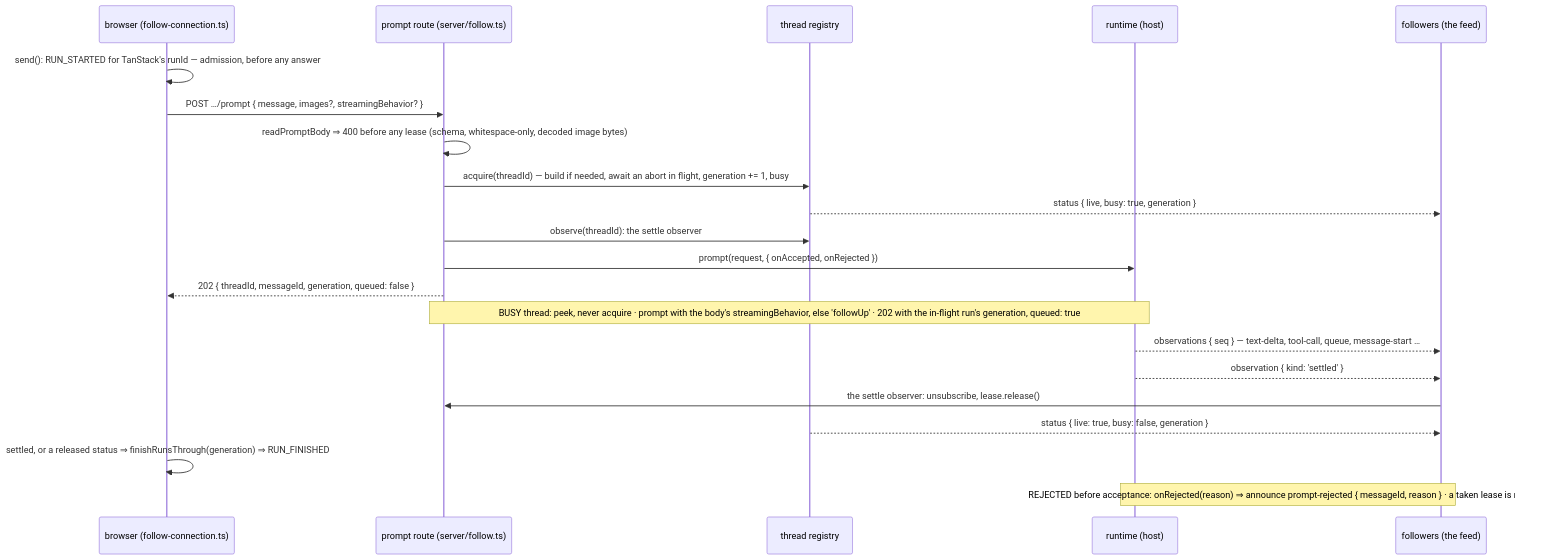
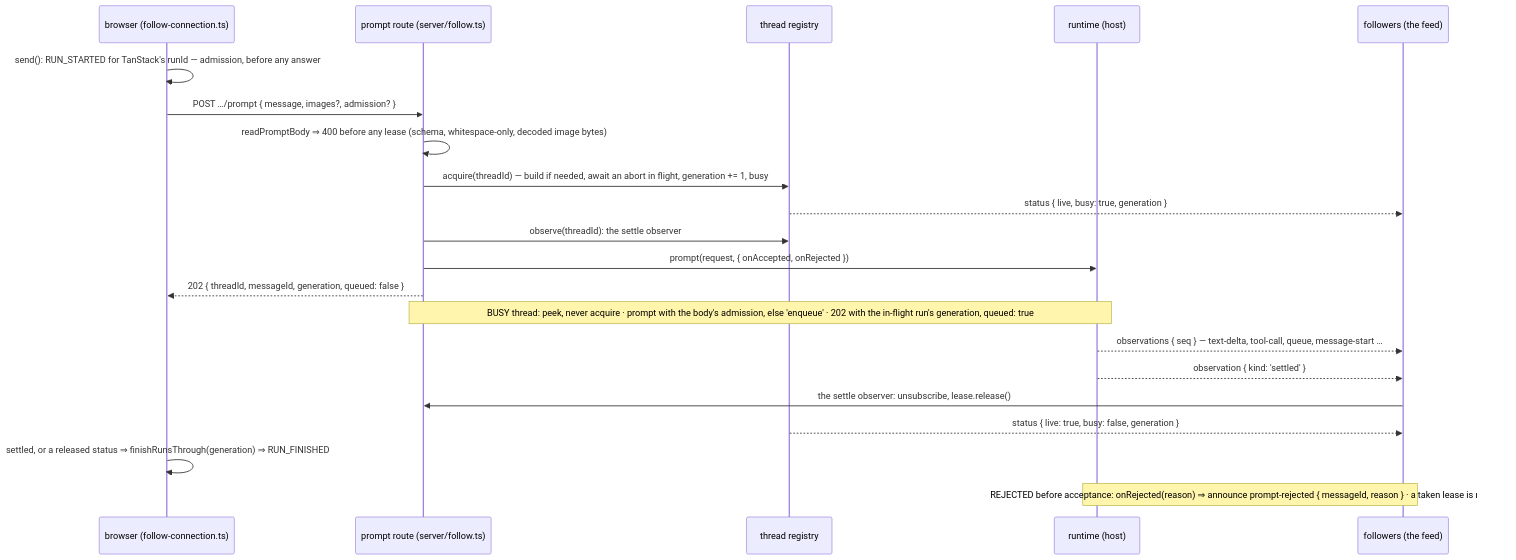
The diagram in docs/flows/prompt-run-settle.md (dopamine911/enso-harness), drawn with Mermaid before and after one commit. The commit also changed other lines of this file and 33 other files, not shown here.

````diff
--- a/docs/flows/prompt-run-settle.md
+++ b/docs/flows/prompt-run-settle.md
@@ -11,24 +11,24 @@
 ```mermaid
 sequenceDiagram
   participant B as browser (follow-connection.ts)
   participant R as prompt route (server/follow.ts)
   participant T as thread registry
   participant P as runtime (host)
   participant F as followers (the feed)
 
   B->>B: send(): RUN_STARTED for TanStack's runId — admission, before any answer
-  B->>R: POST …/prompt { message, images?, streamingBehavior? }
+  B->>R: POST …/prompt { message, images?, admission? }
   R->>R: readPromptBody ⇒ 400 before any lease (schema, whitespace-only, decoded image bytes)
   R->>T: acquire(threadId) — build if needed, await an abort in flight, generation += 1, busy
   T-->>F: status { live, busy: true, generation }
   R->>T: observe(threadId): the settle observer
   R->>P: prompt(request, { onAccepted, onRejected })
   R-->>B: 202 { threadId, messageId, generation, queued: false }
-  Note over R,P: BUSY thread: peek, never acquire · prompt with the body's streamingBehavior, else 'followUp' · 202 with the in-flight run's generation, queued: true
+  Note over R,P: BUSY thread: peek, never acquire · prompt with the body's admission, else 'enqueue' · 202 with the in-flight run's generation, queued: true
   P-->>F: observations { seq } — text-delta, tool-call, queue, message-start …
   P-->>F: observation { kind: 'settled' }
   F->>R: the settle observer: unsubscribe, lease.release()
   T-->>F: status { live: true, busy: false, generation }
   B->>B: settled, or a released status ⇒ finishRunsThrough(generation) ⇒ RUN_FINISHED
   Note over P,F: REJECTED before acceptance: onRejected(reason) ⇒ announce prompt-rejected { messageId, reason } · a taken lease is released
 ```
````
